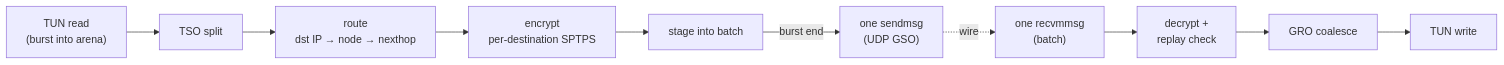
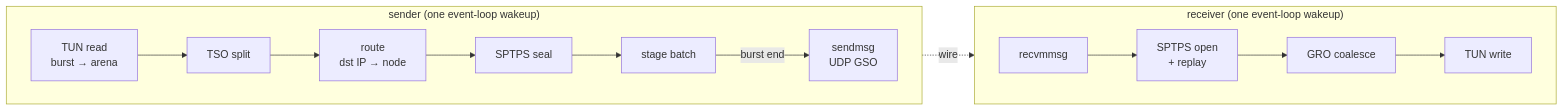
One commit to Mic92/tincr changed the second of 2 diagrams in docs/ARCHITECTURE.md. Above: the diagram before and after it, drawn with Mermaid. The commit also changed other lines of this file, not shown here.

First line of the commit message:
docs/ARCHITECTURE: redraw mermaid overview + packet-walk

````diff
--- a/docs/ARCHITECTURE.md
+++ b/docs/ARCHITECTURE.md
@@ -145,12 +150,18 @@
 ```mermaid
 flowchart LR
-    A["TUN read<br/>(burst into arena)"] --> B["TSO split"]
-    B --> C["route<br/>dst IP → node → nexthop"]
-    C --> D["encrypt<br/>per-destination SPTPS"]
-    D --> E["stage into batch"]
-    E -->|burst end| F["one sendmsg<br/>(UDP GSO)"]
-    F -. wire .-> G["one recvmmsg<br/>(batch)"]
-    G --> H["decrypt +<br/>replay check"]
-    H --> I["GRO coalesce"]
-    I --> J["TUN write"]
+    subgraph S ["sender (one event-loop wakeup)"]
+        direction LR
+        A["TUN read<br/>burst → arena"] --> B["TSO split"]
+        B --> C["route<br/>dst IP → node"]
+        C --> D["SPTPS seal"]
+        D --> E["stage batch"]
+        E -->|burst end| F["sendmsg<br/>UDP GSO"]
+    end
+    subgraph R ["receiver (one event-loop wakeup)"]
+        direction LR
+        G["recvmmsg"] --> H["SPTPS open<br/>+ replay"]
+        H --> I["GRO coalesce"]
+        I --> J["TUN write"]
+    end
+    F -. wire .-> G
 ```
````
